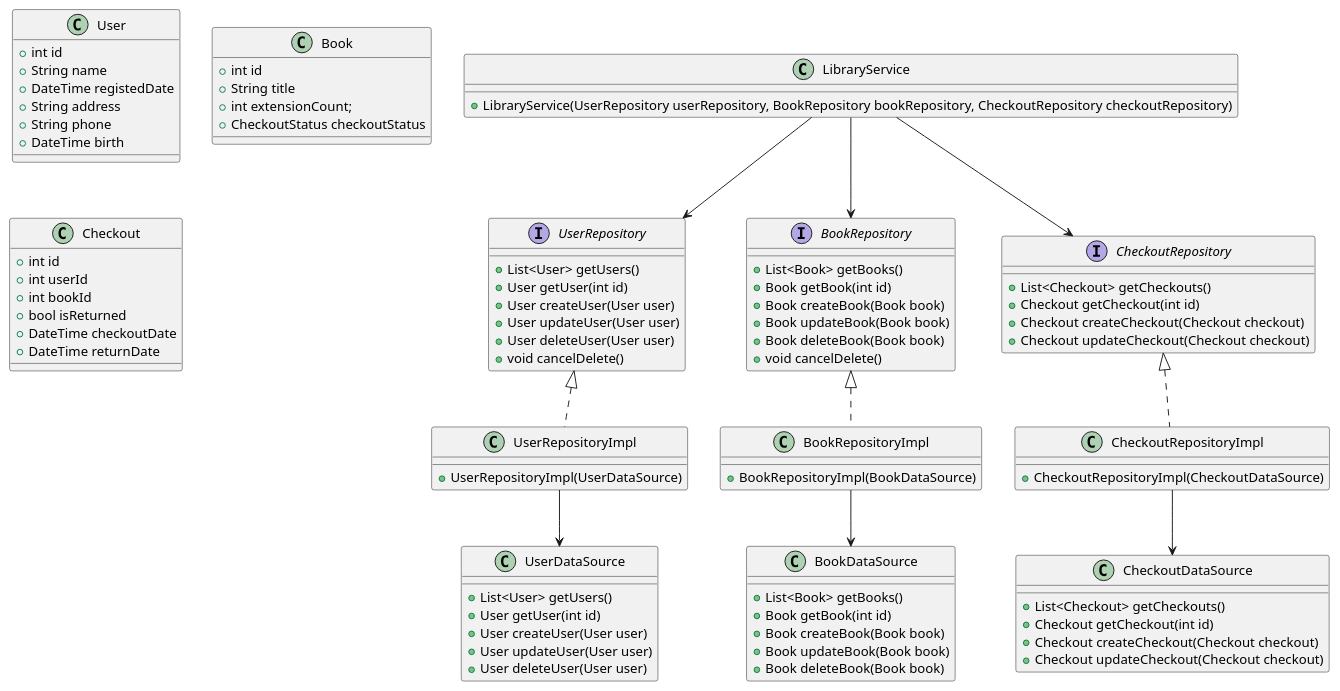
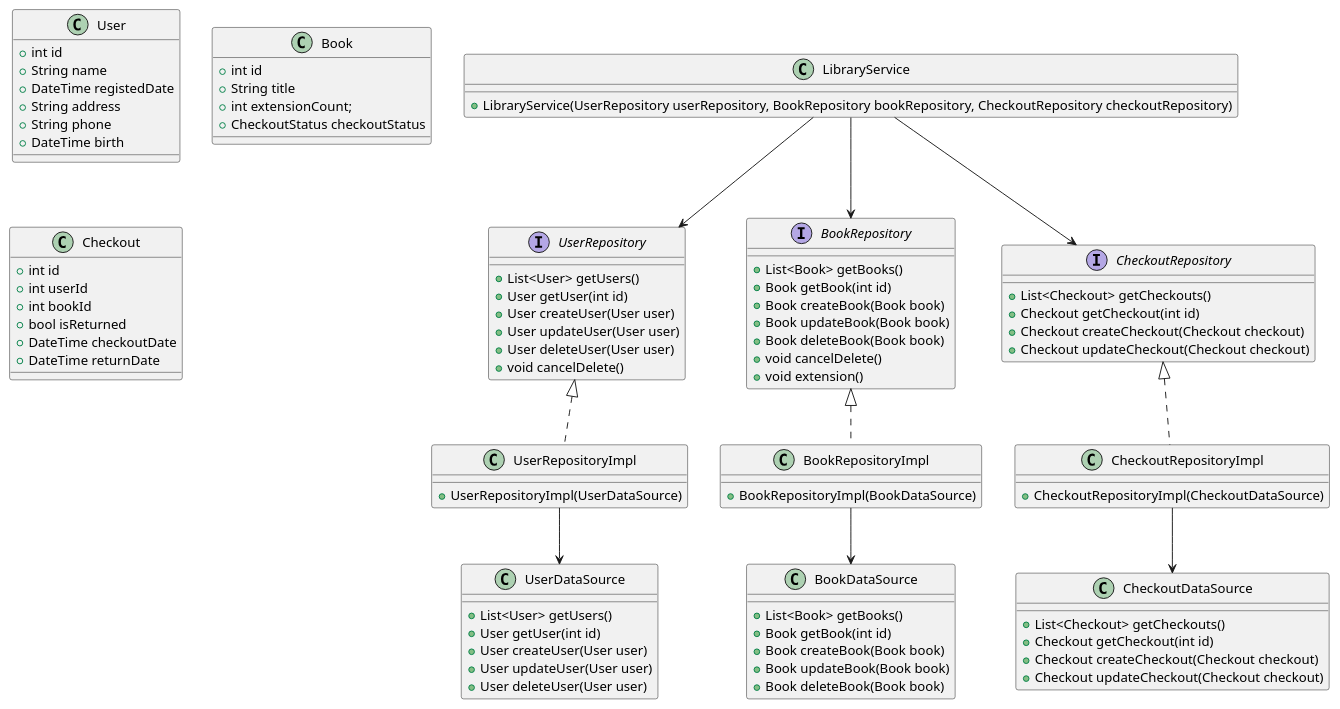
The diagram in lib/18_design/design.puml (SeSAC-Flutter-6/learn_dart_together), drawn with PlantUML before and after one commit. The commit also changed 12 other files, not shown here.

```diff
--- a/lib/18_design/design.puml
+++ b/lib/18_design/design.puml
@@ -1,98 +1,99 @@
 @startuml
 
 class User {
     + int id
     + String name
     + DateTime registedDate
     + String address
     + String phone
     + DateTime birth
 }
 
 class Book {
     + int id
     + String title
     + int extensionCount;
     + CheckoutStatus checkoutStatus
 }
 
 class Checkout {
     + int id
     + int userId
     + int bookId
     + bool isReturned
     + DateTime checkoutDate
     + DateTime returnDate
 }
 
 class UserDataSource {
     + List<User> getUsers()
     + User getUser(int id)
     + User createUser(User user)
     + User updateUser(User user)
     + User deleteUser(User user)
 }
 
 class BookDataSource {
     + List<Book> getBooks()
     + Book getBook(int id)
     + Book createBook(Book book)
     + Book updateBook(Book book)
     + Book deleteBook(Book book)
 }
 
 class CheckoutDataSource {
     + List<Checkout> getCheckouts()
     + Checkout getCheckout(int id)
     + Checkout createCheckout(Checkout checkout)
     + Checkout updateCheckout(Checkout checkout)
 }
 
 interface UserRepository {
     + List<User> getUsers()
     + User getUser(int id)
     + User createUser(User user)
     + User updateUser(User user)
     + User deleteUser(User user)
     + void cancelDelete()
 }
 
 interface BookRepository {
     + List<Book> getBooks()
     + Book getBook(int id)
     + Book createBook(Book book)
     + Book updateBook(Book book)
     + Book deleteBook(Book book)
     + void cancelDelete()
+    + void extension()
 }
 
 interface CheckoutRepository {
     + List<Checkout> getCheckouts()
     + Checkout getCheckout(int id)
     + Checkout createCheckout(Checkout checkout)
     + Checkout updateCheckout(Checkout checkout)
 }
 
 class UserRepositoryImpl implements UserRepository {
     + UserRepositoryImpl(UserDataSource)
 }
 class BookRepositoryImpl implements BookRepository {
     + BookRepositoryImpl(BookDataSource)
 }
 class CheckoutRepositoryImpl implements CheckoutRepository {
     + CheckoutRepositoryImpl(CheckoutDataSource)
 }
 
 class LibraryService {
     + LibraryService(UserRepository userRepository, BookRepository bookRepository, CheckoutRepository checkoutRepository)
 }
 
 UserRepositoryImpl --> UserDataSource
 BookRepositoryImpl --> BookDataSource
 CheckoutRepositoryImpl --> CheckoutDataSource
 
 LibraryService --> UserRepository
 LibraryService --> BookRepository
 LibraryService --> CheckoutRepository
 
 @enduml
```
